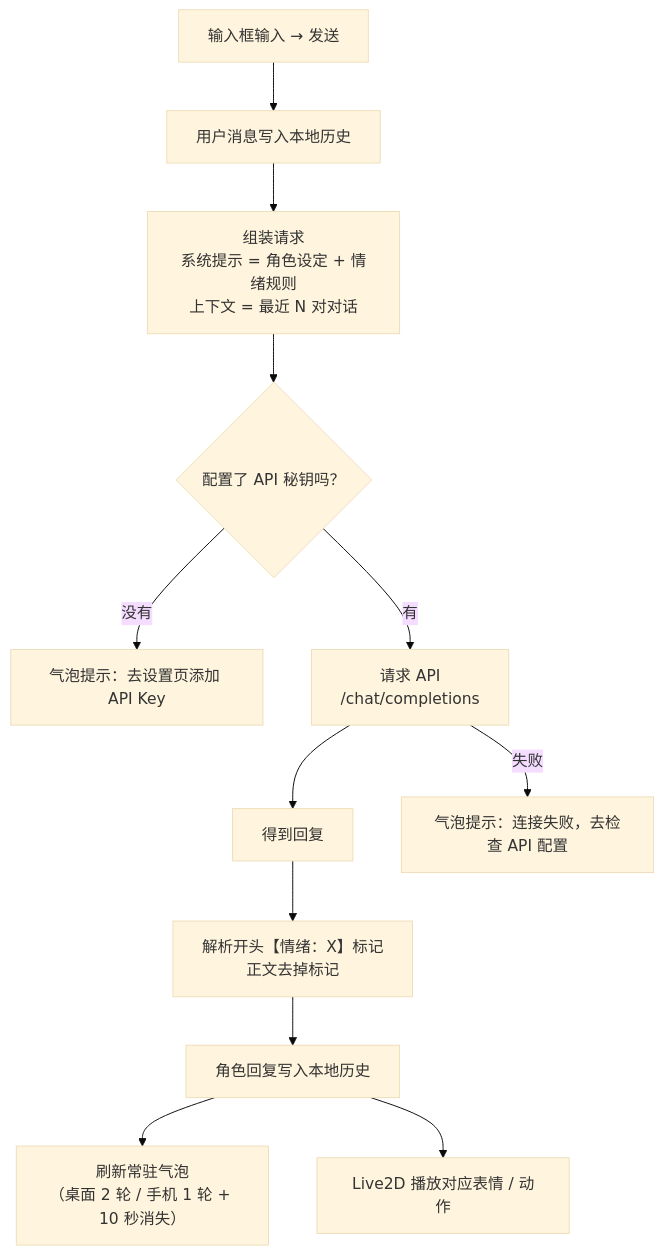
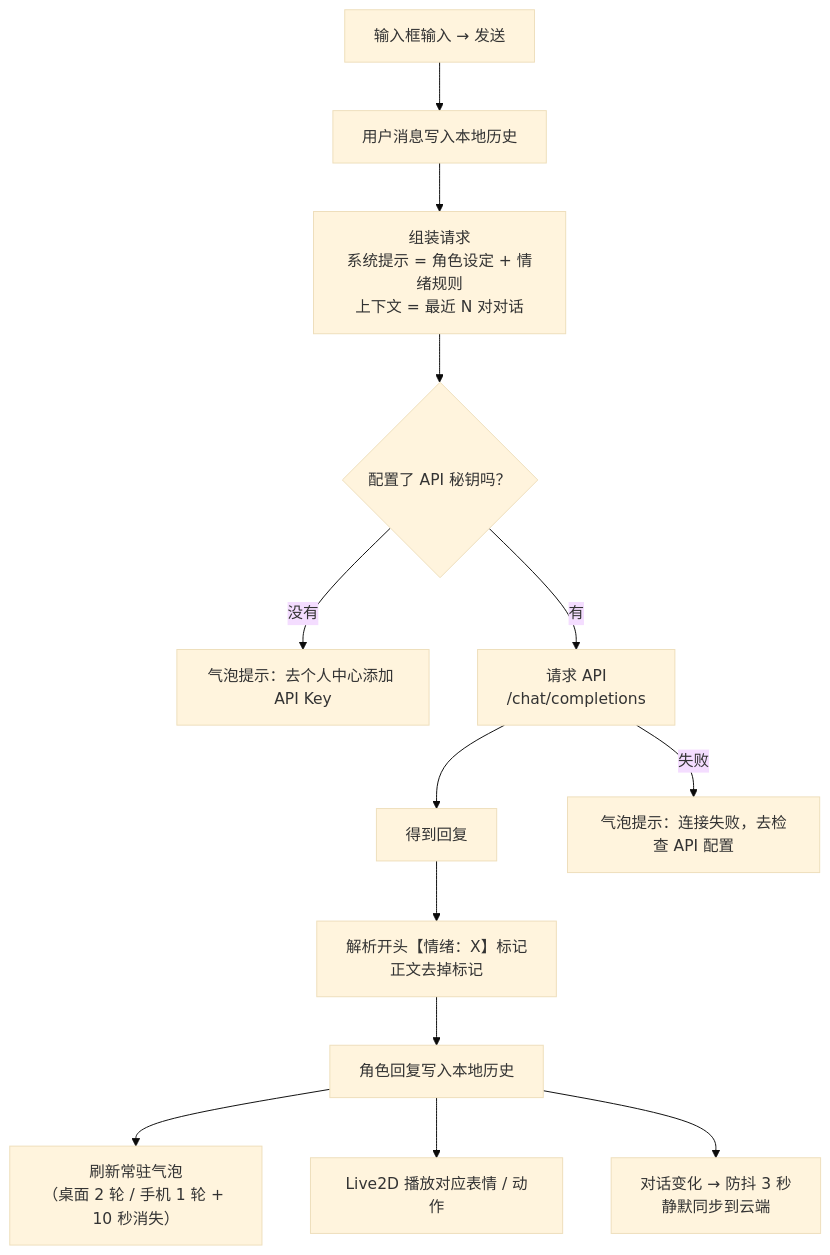
One commit to xiaoxingyuemiao/xingyue changed the fourth of 9 diagrams in docs/05-网站流程图.md. Above: the diagram before and after it, drawn with Mermaid (base theme). The commit also changed other lines of this file and 6 other files, not shown here.

````diff
--- a/docs/05-网站流程图.md
+++ b/docs/05-网站流程图.md
@@ -122,14 +145,15 @@
 ```mermaid
 flowchart TD
     A["输入框输入 → 发送"] --> B["用户消息写入本地历史"]
     B --> C["组装请求<br/>系统提示 = 角色设定 + 情绪规则<br/>上下文 = 最近 N 对对话"]
     C --> D{"配置了 API 秘钥吗？"}
-    D -->|没有| E["气泡提示：去设置页添加 API Key"]
+    D -->|没有| E["气泡提示：去个人中心添加 API Key"]
     D -->|有| F["请求 API<br/>/chat/completions"]
     F --> G["得到回复"]
     G --> H["解析开头【情绪：X】标记<br/>正文去掉标记"]
     H --> I["角色回复写入本地历史"]
     I --> J["刷新常驻气泡<br/>（桌面 2 轮 / 手机 1 轮 + 10 秒消失）"]
     I --> K["Live2D 播放对应表情 / 动作"]
+    I --> S["对话变化 → 防抖 3 秒<br/>静默同步到云端"]
     F -->|失败| L["气泡提示：连接失败，去检查 API 配置"]
 ```
````
